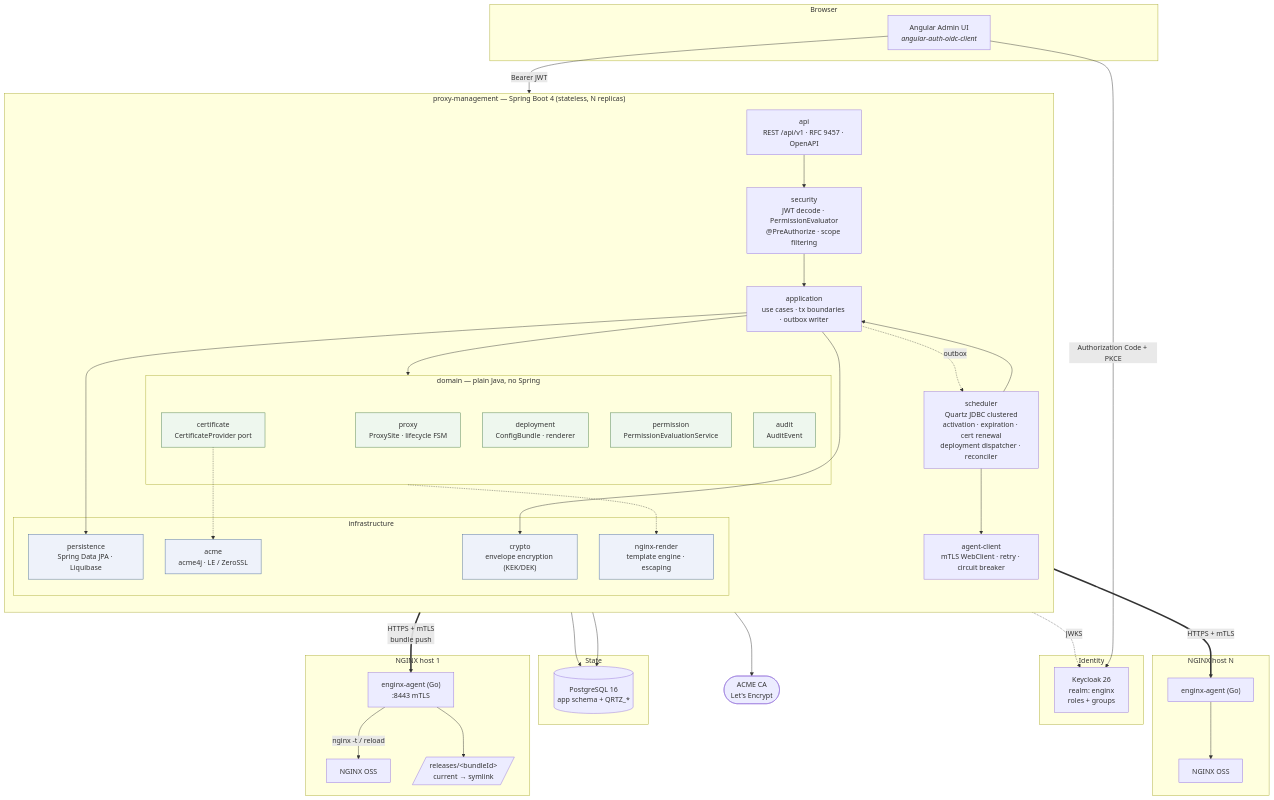
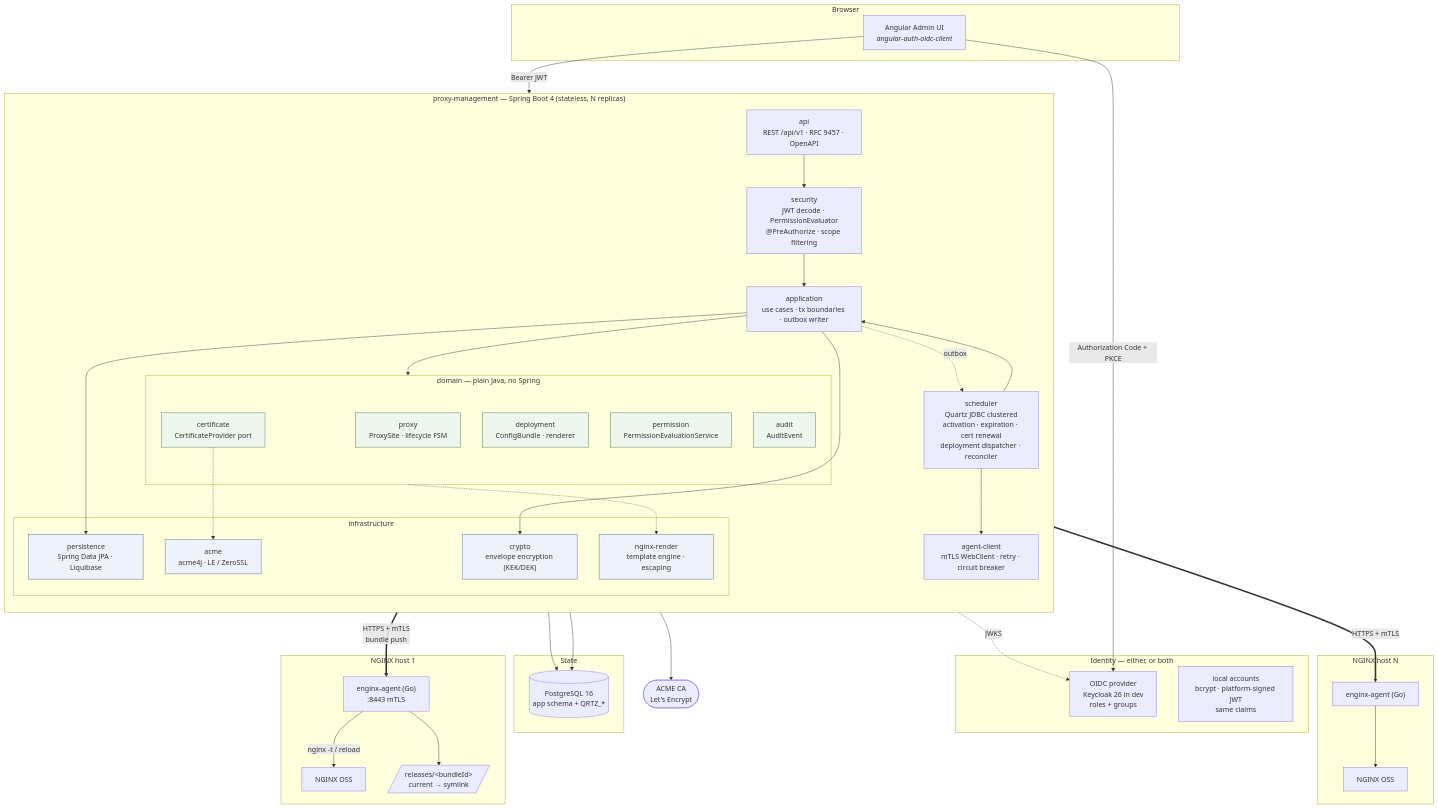
The first of 6 diagrams in docs/architecture.md (xiidea/enginx), drawn with Mermaid before and after one commit. The commit also changed other lines of this file and 64 other files, not shown here.

First line of the commit message:
Add local user accounts, and make OIDC optional

````diff
--- a/docs/architecture.md
+++ b/docs/architecture.md
@@ -74,76 +75,77 @@
 ```mermaid
 graph TB
     subgraph Client["Browser"]
         NG["Angular Admin UI<br/><i>angular-auth-oidc-client</i>"]
     end
 
-    subgraph IdP["Identity"]
-        KC["Keycloak 26<br/>realm: enginx<br/>roles + groups"]
+    subgraph IdP["Identity &mdash; either, or both"]
+        KC["OIDC provider<br/>Keycloak 26 in dev<br/>roles + groups"]
+        LOC["local accounts<br/>bcrypt &middot; platform-signed JWT<br/>same claims"]
     end
 
     subgraph MGMT["proxy-management &mdash; Spring Boot 4 (stateless, N replicas)"]
         direction TB
         API["api<br/>REST /api/v1 &middot; RFC 9457 &middot; OpenAPI"]
         SEC["security<br/>JWT decode &middot; PermissionEvaluator<br/>@PreAuthorize &middot; scope filtering"]
         APP["application<br/>use cases &middot; tx boundaries &middot; outbox writer"]
 
         subgraph DOM["domain &mdash; plain Java, no Spring"]
             D1["proxy<br/>ProxySite &middot; lifecycle FSM"]
             D2["certificate<br/>CertificateProvider port"]
             D3["deployment<br/>ConfigBundle &middot; renderer"]
             D4["permission<br/>PermissionEvaluationService"]
             D5["audit<br/>AuditEvent"]
         end
 
         subgraph INFRA["infrastructure"]
             JPA["persistence<br/>Spring Data JPA &middot; Liquibase"]
             REN["nginx-render<br/>template engine &middot; escaping"]
             ACME["acme<br/>acme4j &middot; LE / ZeroSSL"]
             CRY["crypto<br/>envelope encryption (KEK/DEK)"]
         end
 
         SCH["scheduler<br/>Quartz JDBC clustered<br/>activation &middot; expiration &middot; cert renewal<br/>deployment dispatcher &middot; reconciler"]
         AC["agent-client<br/>mTLS WebClient &middot; retry &middot; circuit breaker"]
     end
 
     subgraph DATA["State"]
         PG[("PostgreSQL 16<br/>app schema + QRTZ_*")]
     end
 
     subgraph HOST1["NGINX host 1"]
         AG1["enginx-agent (Go)<br/>:8443 mTLS"]
         NX1["NGINX OSS"]
         FS1[/"releases/&lt;bundleId&gt;<br/>current &rarr; symlink"/]
     end
 
     subgraph HOSTN["NGINX host N"]
         AGN["enginx-agent (Go)"]
         NXN["NGINX OSS"]
     end
 
     LE(["ACME CA<br/>Let's Encrypt"])
 
     NG -->|"Authorization Code + PKCE"| KC
     NG -->|"Bearer JWT"| API
     API --> SEC --> APP
     APP --> DOM
     APP --> JPA --> PG
     SEC -.->|"JWKS"| KC
     DOM -.-> REN
     D2 -.-> ACME --> LE
     APP --> CRY
     SCH --> APP
     SCH --> PG
     APP -.->|"outbox"| SCH
     SCH --> AC
     AC ==>|"HTTPS + mTLS<br/>bundle push"| AG1
     AC ==>|"HTTPS + mTLS"| AGN
     AG1 --> FS1
     AG1 -->|"nginx -t / reload"| NX1
     AGN --> NXN
 
     classDef dom fill:#eef7ee,stroke:#4a7c4a
     classDef inf fill:#eef2fa,stroke:#4a6a9c
     class D1,D2,D3,D4,D5 dom
     class JPA,REN,ACME,CRY inf
 ```
````
